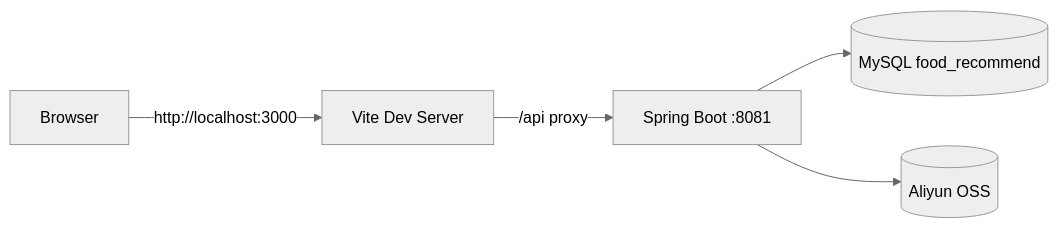
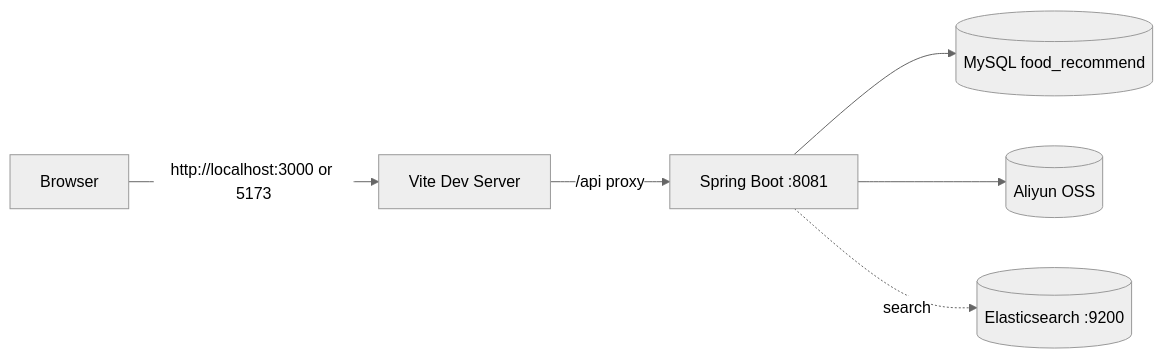
One commit to wyqdf/food_recommend_system changed the diagram in docs/02-开发文档/项目全景开发手册.md. Above: the diagram before and after it, drawn with Mermaid (neutral theme). The commit also changed other lines of this file and 93 other files, not shown here.

````diff
--- a/docs/02-开发文档/项目全景开发手册.md
+++ b/docs/02-开发文档/项目全景开发手册.md
@@ -61,7 +74,8 @@
 ```mermaid
 flowchart LR
-  A[Browser] -->|http://localhost:3000| B[Vite Dev Server]
+  A[Browser] -->|http://localhost:3000 or 5173| B[Vite Dev Server]
   B -->|/api proxy| C[Spring Boot :8081]
   C --> D[(MySQL food_recommend)]
   C --> E[(Aliyun OSS)]
+  C -. search .-> F[(Elasticsearch :9200)]
 ```
````
